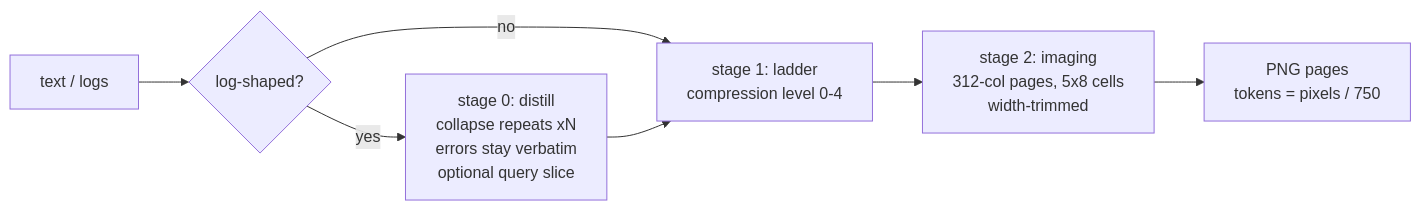
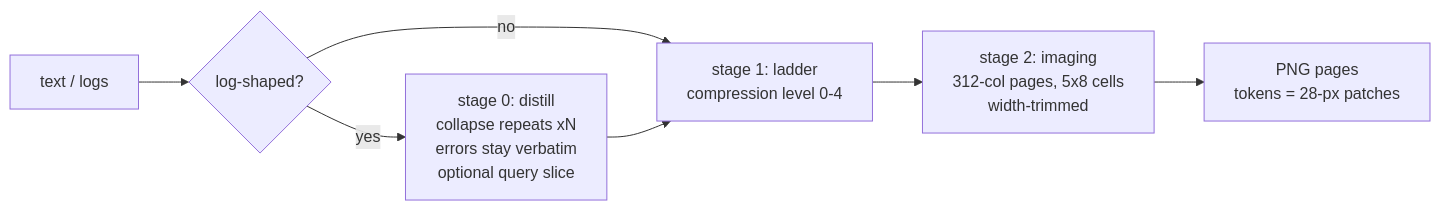
One commit to Osyna/tanuki-context changed the first of 2 diagrams in README.md. Above: the diagram before and after it, drawn with Mermaid. The commit also changed other lines of this file and 7 other files, not shown here.

````diff
--- a/README.md
+++ b/README.md
@@ -45,9 +46,9 @@
 ```mermaid
 flowchart LR
     A[text / logs] --> B{log-shaped?}
     B -- yes --> C["stage 0: distill<br/>collapse repeats xN<br/>errors stay verbatim<br/>optional query slice"]
     B -- no --> D
     C --> D["stage 1: ladder<br/>compression level 0-4"]
     D --> E["stage 2: imaging<br/>312-col pages, 5x8 cells<br/>width-trimmed"]
-    E --> F["PNG pages<br/>tokens = pixels / 750"]
+    E --> F["PNG pages<br/>tokens = 28-px patches"]
 ```
````
